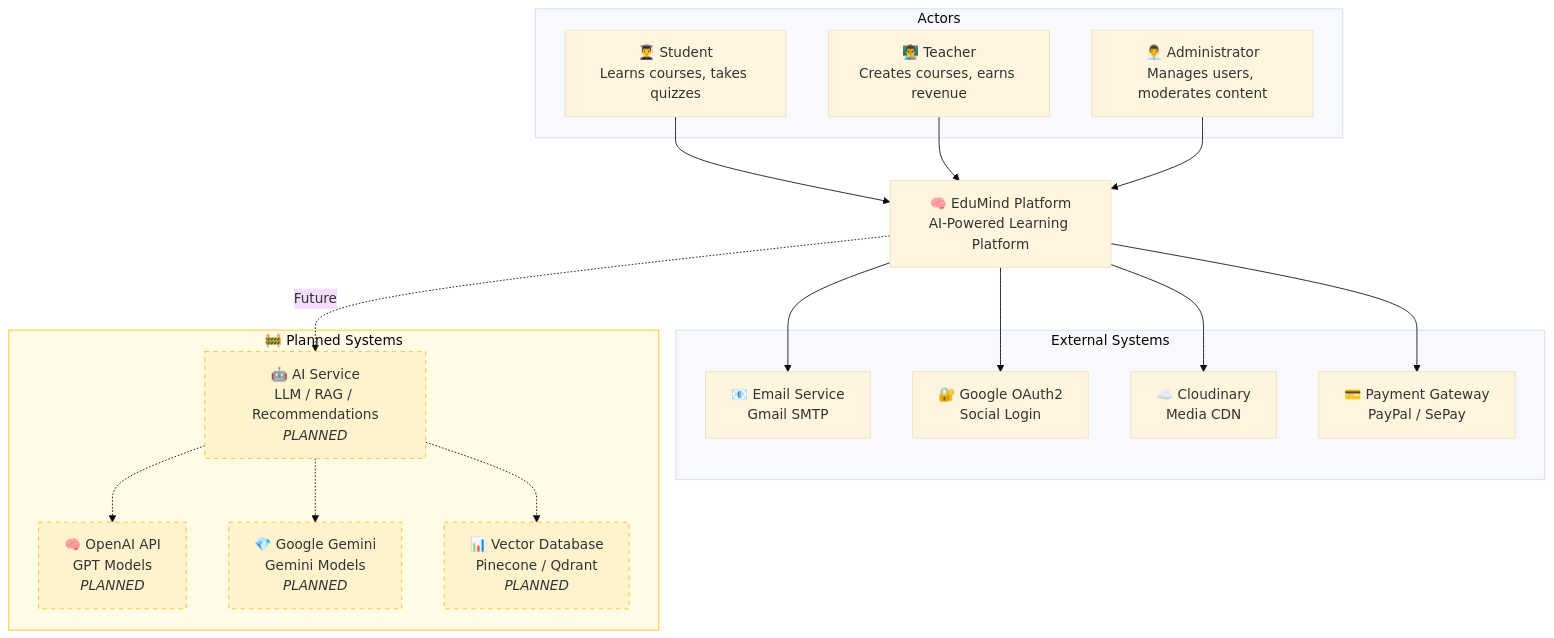
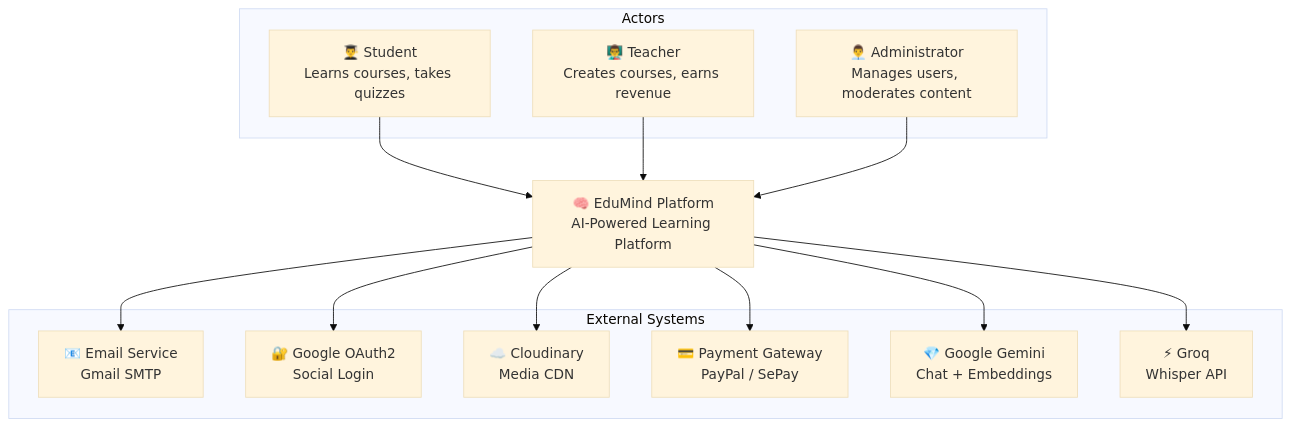
Before and after one commit to HuuLocFIT/EduMind: the diagram in docs/architecture/c4-context.md, drawn with Mermaid (base theme). The commit also changed other lines of this file and 17 other files, not shown here.

````diff
--- a/docs/architecture/c4-context.md
+++ b/docs/architecture/c4-context.md
@@ -10,44 +10,30 @@
 ```mermaid
 flowchart TB
     subgraph Actors["Actors"]
         Student["👨‍🎓 Student<br/>Learns courses, takes quizzes"]
         Teacher["👨‍🏫 Teacher<br/>Creates courses, earns revenue"]
         Admin["👨‍💼 Administrator<br/>Manages users, moderates content"]
     end
 
     EduMind["🧠 EduMind Platform<br/>AI-Powered Learning Platform"]
 
     subgraph External["External Systems"]
         Email["📧 Email Service<br/>Gmail SMTP"]
         OAuth["🔐 Google OAuth2<br/>Social Login"]
         Cloudinary["☁️ Cloudinary<br/>Media CDN"]
         Payment["💳 Payment Gateway<br/>PayPal / SePay"]
-    end
-
-    subgraph Planned["🚧 Planned Systems"]
-        AI["🤖 AI Service<br/>LLM / RAG / Recommendations<br/><i>PLANNED</i>"]
-        OpenAI["🧠 OpenAI API<br/>GPT Models<br/><i>PLANNED</i>"]
-        Gemini["💎 Google Gemini<br/>Gemini Models<br/><i>PLANNED</i>"]
-        VectorDB["📊 Vector Database<br/>Pinecone / Qdrant<br/><i>PLANNED</i>"]
+        Gemini["💎 Google Gemini<br/>Chat + Embeddings"]
+        Groq["⚡ Groq<br/>Whisper API"]
     end
 
     Student --> EduMind
     Teacher --> EduMind
     Admin --> EduMind
 
     EduMind --> Email
     EduMind --> OAuth
     EduMind --> Cloudinary
     EduMind --> Payment
-    EduMind -.->|Future| AI
-
-    AI -.-> OpenAI
-    AI -.-> Gemini
-    AI -.-> VectorDB
-
-    style AI fill:#fff3cd,stroke:#ffc107,stroke-dasharray: 5 5
-    style OpenAI fill:#fff3cd,stroke:#ffc107,stroke-dasharray: 5 5
-    style Gemini fill:#fff3cd,stroke:#ffc107,stroke-dasharray: 5 5
-    style VectorDB fill:#fff3cd,stroke:#ffc107,stroke-dasharray: 5 5
-    style Planned fill:#fffbe6,stroke:#ffc107
+    EduMind --> Gemini
+    EduMind --> Groq
 ```
````
